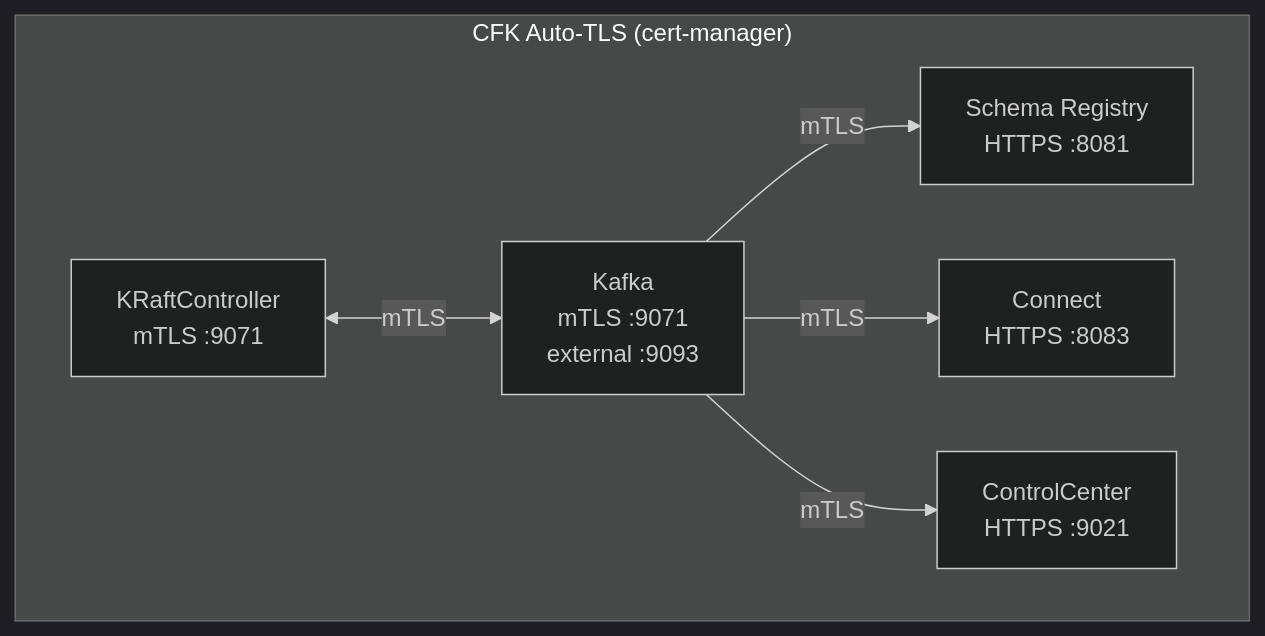
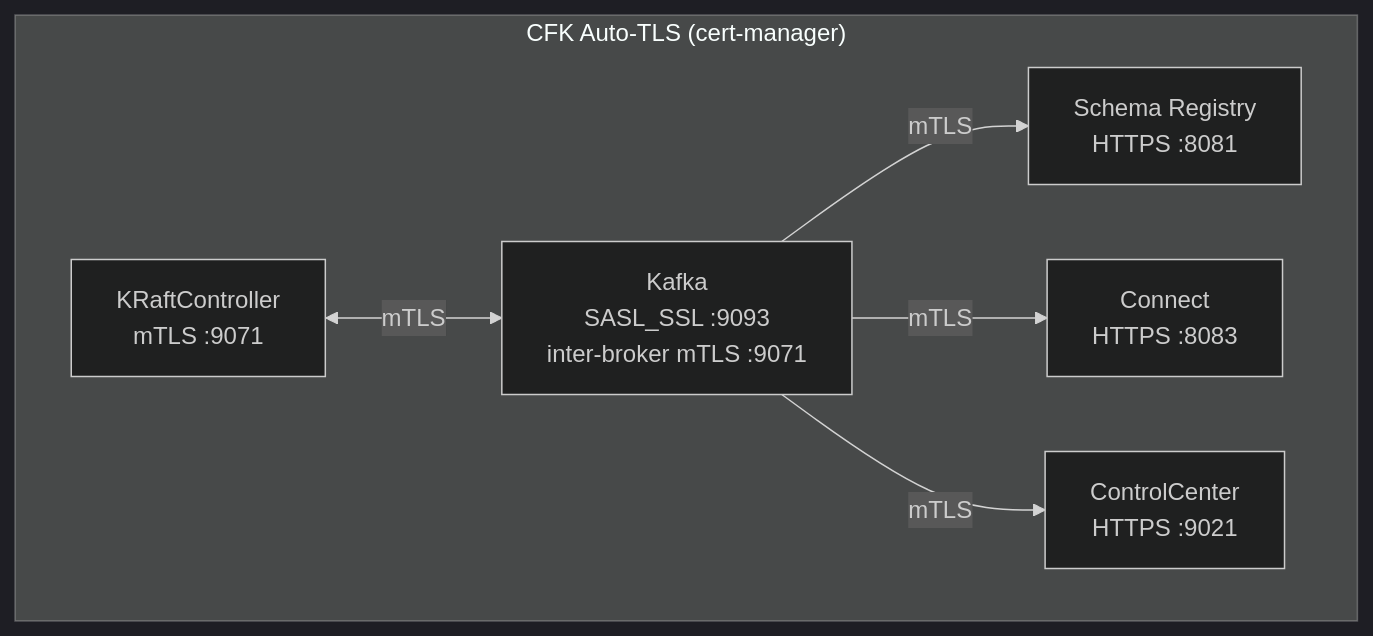
Before and after one commit to aadmassu/flink-on-k8s-with-cp: the seventh of 9 diagrams in docs/TLS.md, drawn with Mermaid (dark theme). The commit also changed other lines of this file, not shown here.

First line of the commit message:
Update TLS doc: use SASL_SSL (OAuth) for Flink-to-Kafka connections

````diff
--- a/docs/TLS.md
+++ b/docs/TLS.md
@@ -352,16 +352,16 @@
 ```mermaid
 flowchart TD
     subgraph cfk_tls["CFK Auto-TLS (cert-manager)"]
         direction LR
         kraft_tls["KRaftController<br>mTLS :9071"]
-        kafka_tls["Kafka<br>mTLS :9071<br>external :9093"]
+        kafka_tls["Kafka<br>SASL_SSL :9093<br>inter-broker mTLS :9071"]
         sr_tls["Schema Registry<br>HTTPS :8081"]
         connect_tls["Connect<br>HTTPS :8083"]
         c3_tls["ControlCenter<br>HTTPS :9021"]
     end
 
     kraft_tls <-->|"mTLS"| kafka_tls
     kafka_tls -->|"mTLS"| sr_tls
     kafka_tls -->|"mTLS"| connect_tls
     kafka_tls -->|"mTLS"| c3_tls
 ```
````
